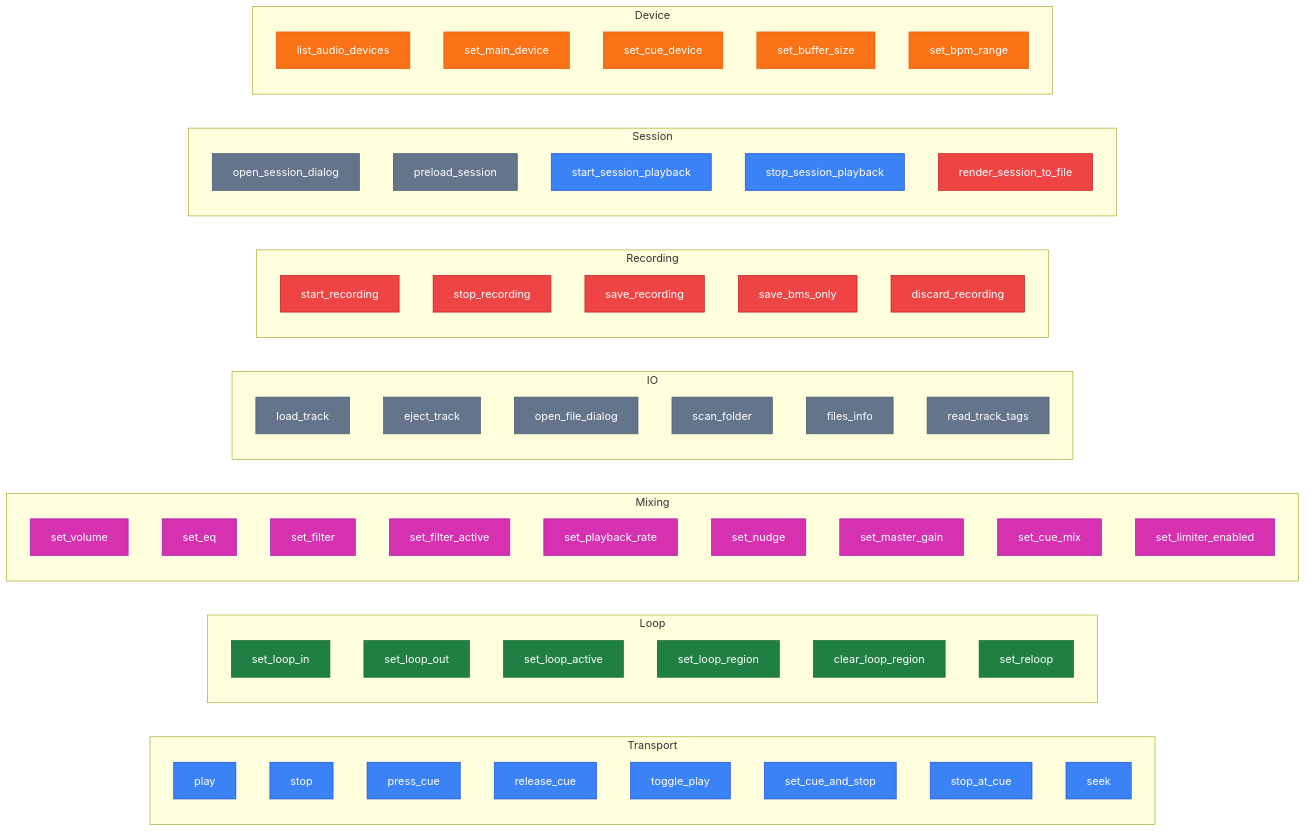
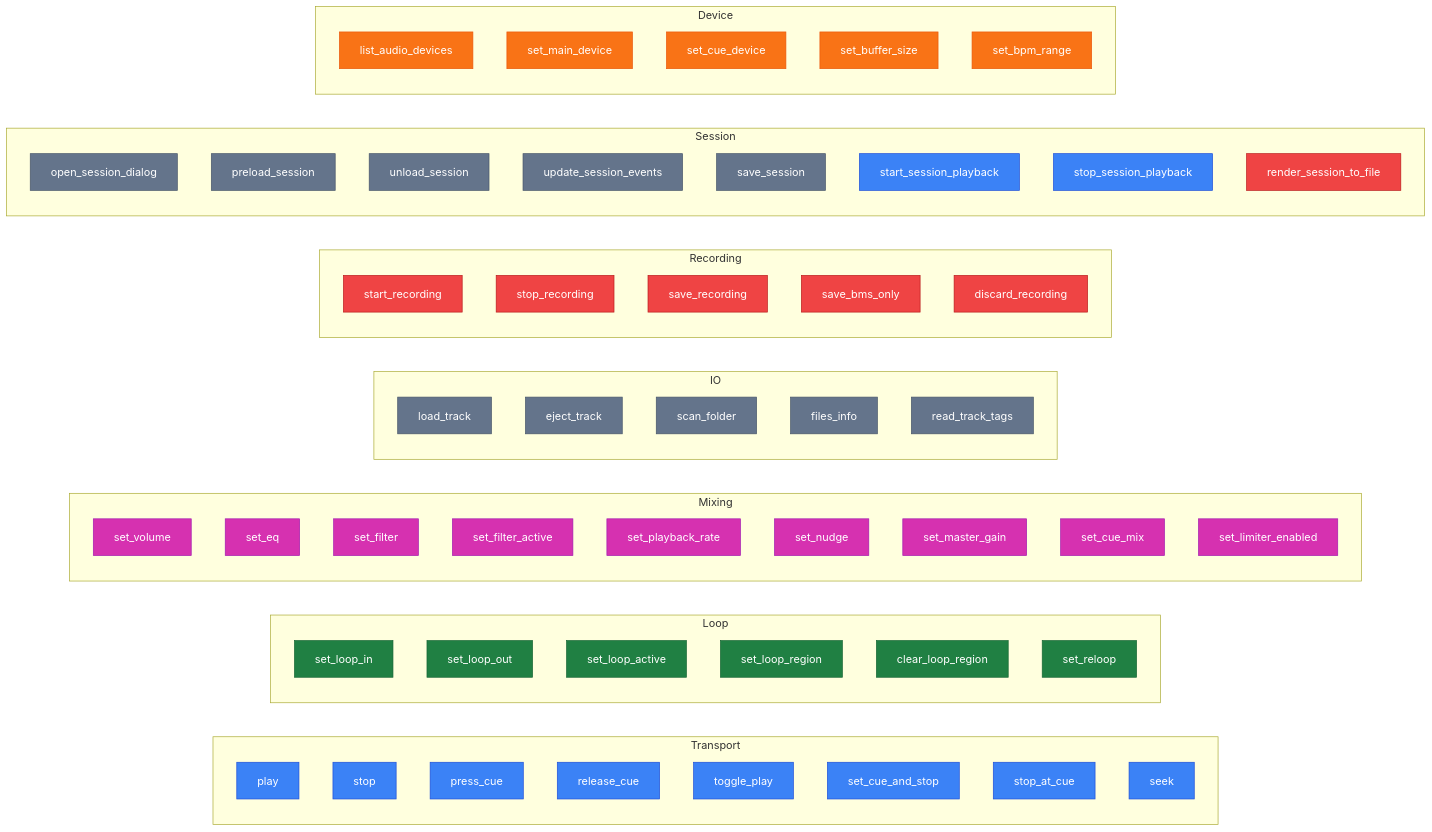
The fifth of 6 diagrams in ARCHITECTURE.md (berrutti/beatmatcher), drawn with Mermaid before and after one commit. The commit also changed other lines of this file and 4 other files, not shown here.

````diff
--- a/ARCHITECTURE.md
+++ b/ARCHITECTURE.md
@@ -106,74 +106,76 @@
 ```mermaid
 graph LR
     classDef transport fill:#3b82f6,stroke:#1d4ed8,color:#fff
     classDef loop fill:#208043,stroke:#166534,color:#fff
     classDef mixing fill:#d631b0,stroke:#a21caf,color:#fff
     classDef io fill:#64748b,stroke:#475569,color:#fff
     classDef recording fill:#ef4444,stroke:#b91c1c,color:#fff
     classDef device fill:#f97316,stroke:#ea580c,color:#fff
 
     subgraph Transport
         play:::transport
         stop:::transport
         press_cue:::transport
         release_cue:::transport
         toggle_play:::transport
         set_cue_and_stop:::transport
         stop_at_cue:::transport
         seek:::transport
     end
 
     subgraph Loop
         set_loop_in:::loop
         set_loop_out:::loop
         set_loop_active:::loop
         set_loop_region:::loop
         clear_loop_region:::loop
         set_reloop:::loop
     end
 
     subgraph Mixing
         set_volume:::mixing
         set_eq:::mixing
         set_filter:::mixing
         set_filter_active:::mixing
         set_playback_rate:::mixing
         set_nudge:::mixing
         set_master_gain:::mixing
         set_cue_mix:::mixing
         set_limiter_enabled:::mixing
     end
 
     subgraph IO
         load_track:::io
         eject_track:::io
-        open_file_dialog:::io
         scan_folder:::io
         files_info:::io
         read_track_tags:::io
     end
 
     subgraph Recording
         start_recording:::recording
         stop_recording:::recording
         save_recording:::recording
         save_bms_only:::recording
         discard_recording:::recording
     end
 
     subgraph Session
         open_session_dialog:::io
         preload_session:::io
+        unload_session:::io
+        update_session_events:::io
+        save_session:::io
         start_session_playback:::transport
         stop_session_playback:::transport
         render_session_to_file:::recording
     end
 
     subgraph Device
         list_audio_devices:::device
         set_main_device:::device
         set_cue_device:::device
         set_buffer_size:::device
         set_bpm_range:::device
     end
 ```
````
